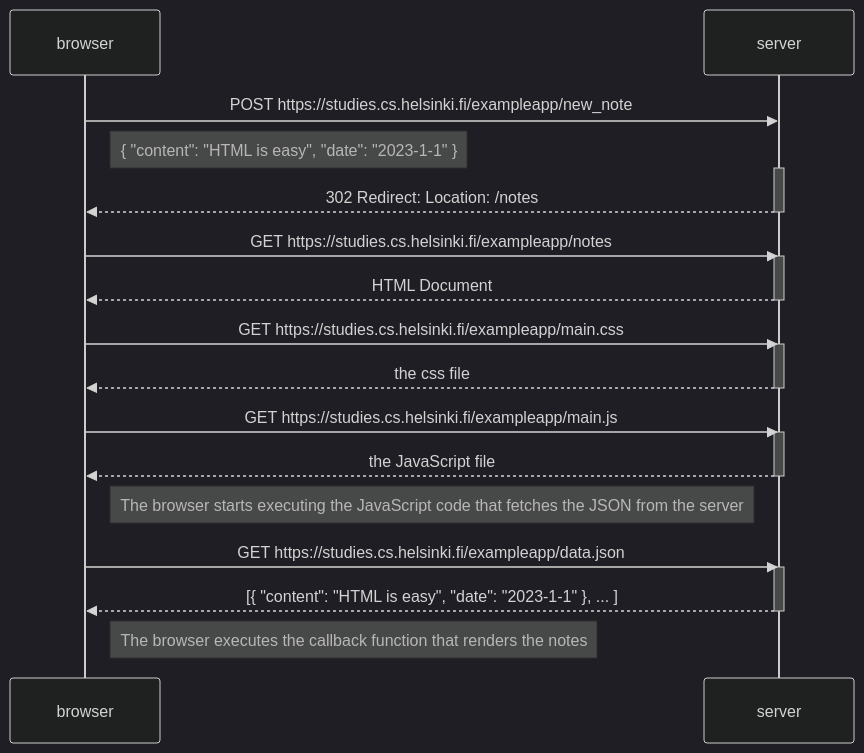
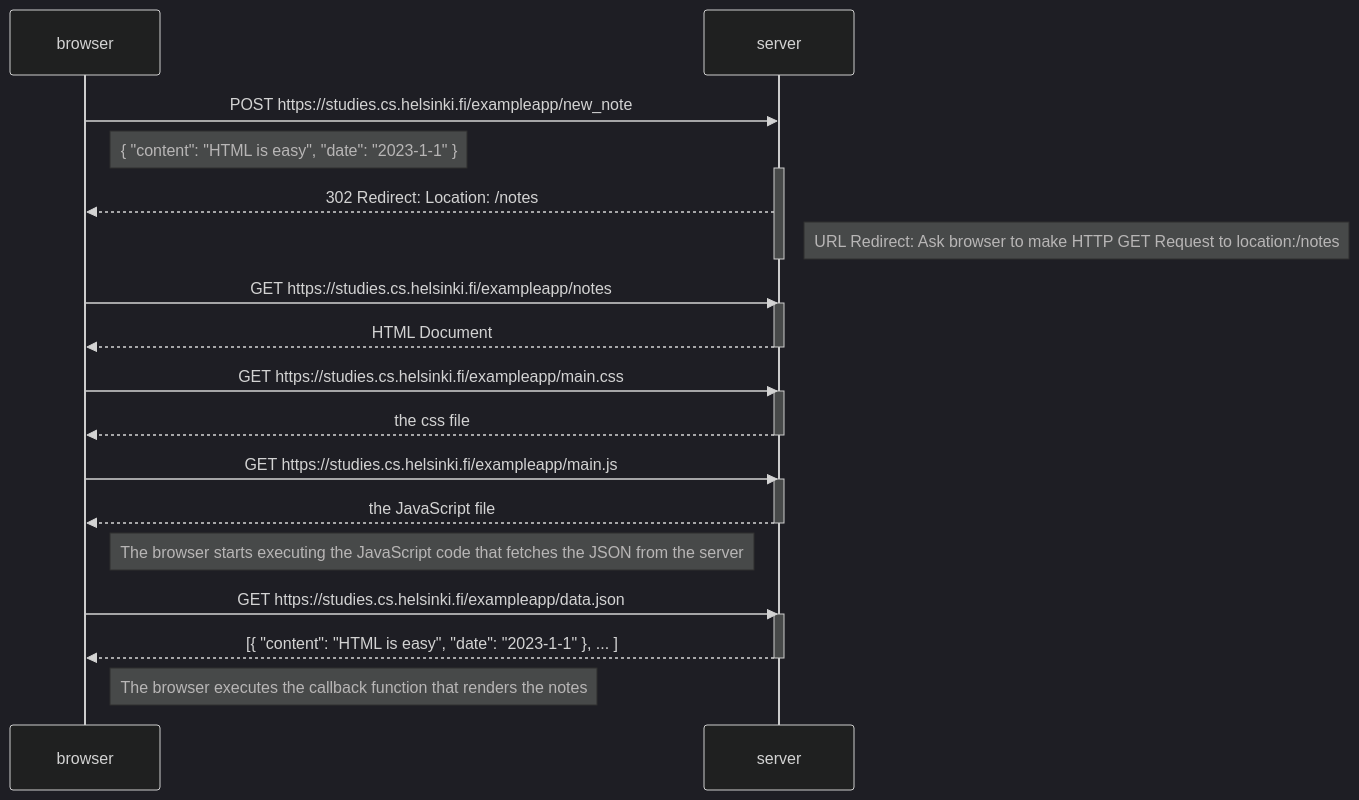
The diagram in part0/ex4.md (minhquyminhquy/UoHel---Full-Stack-Open), drawn with Mermaid (dark theme) before and after one commit.

Commit message:
update notes

````diff
--- a/part0/ex4.md
+++ b/part0/ex4.md
@@ -1,36 +1,37 @@
 ```mermaid
 
 sequenceDiagram
 participant browser
 participant server
 
 browser->>server: POST https://studies.cs.helsinki.fi/exampleapp/new_note
 Note right of browser: { "content": "HTML is easy", "date": "2023-1-1" }
 activate server
 server-->>browser: 302 Redirect: Location: /notes
+Note right of server: URL Redirect: Ask browser to make HTTP GET Request to location:/notes
 deactivate server
 
 browser->>server: GET https://studies.cs.helsinki.fi/exampleapp/notes
 activate server
 server-->>browser: HTML Document 
 deactivate server
 
 browser->>server: GET https://studies.cs.helsinki.fi/exampleapp/main.css
 activate server
 server-->>browser: the css file
 deactivate server
 
 browser->>server: GET https://studies.cs.helsinki.fi/exampleapp/main.js	
 activate server
 server-->>browser: the JavaScript file
 deactivate server
 
 Note right of browser: The browser starts executing the JavaScript code that fetches the JSON from the server
 
 browser->>server: GET https://studies.cs.helsinki.fi/exampleapp/data.json
 activate server
 server-->>browser: [{ "content": "HTML is easy", "date": "2023-1-1" }, ... ]
 deactivate server
 
 Note right of browser: The browser executes the callback function that renders the notes
 ```
````
